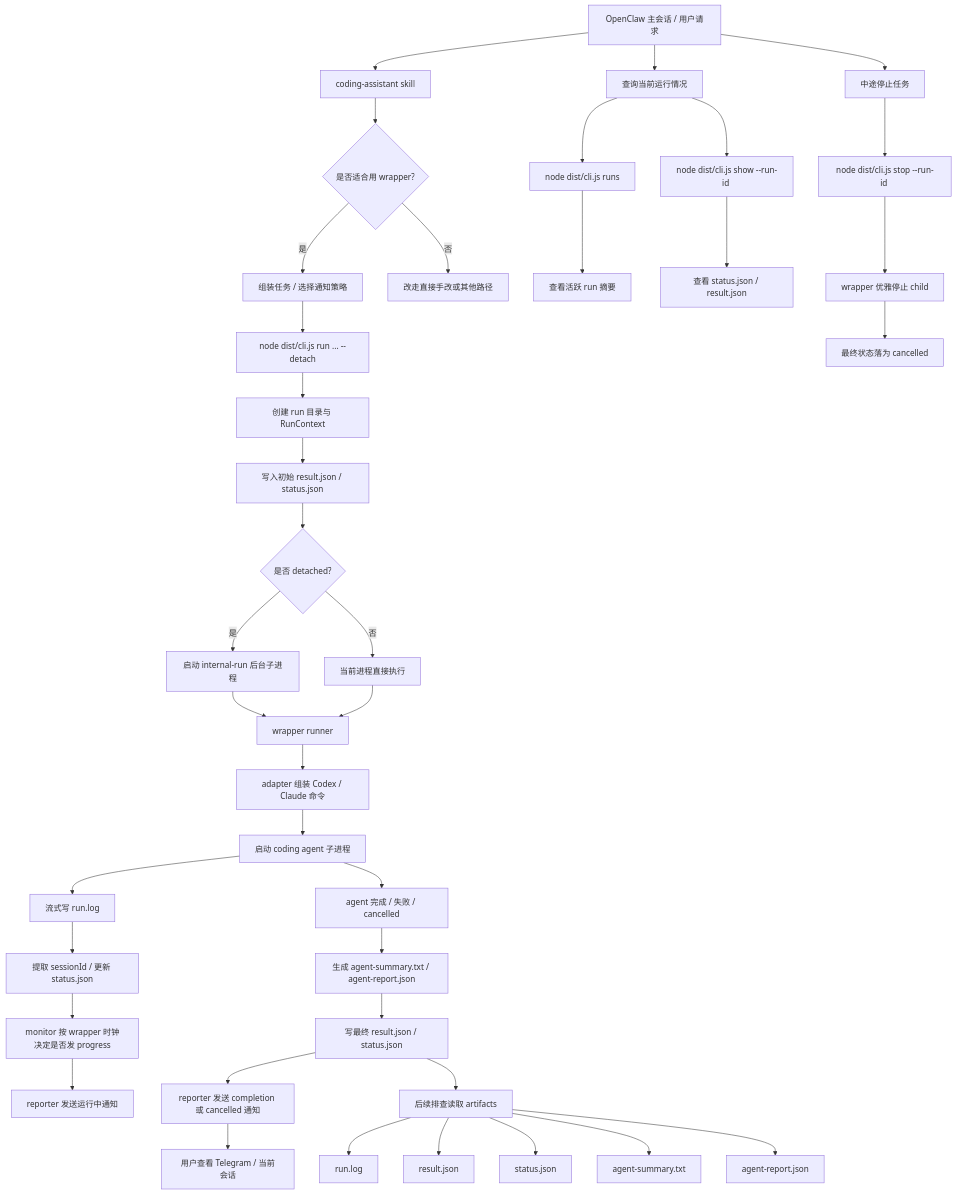
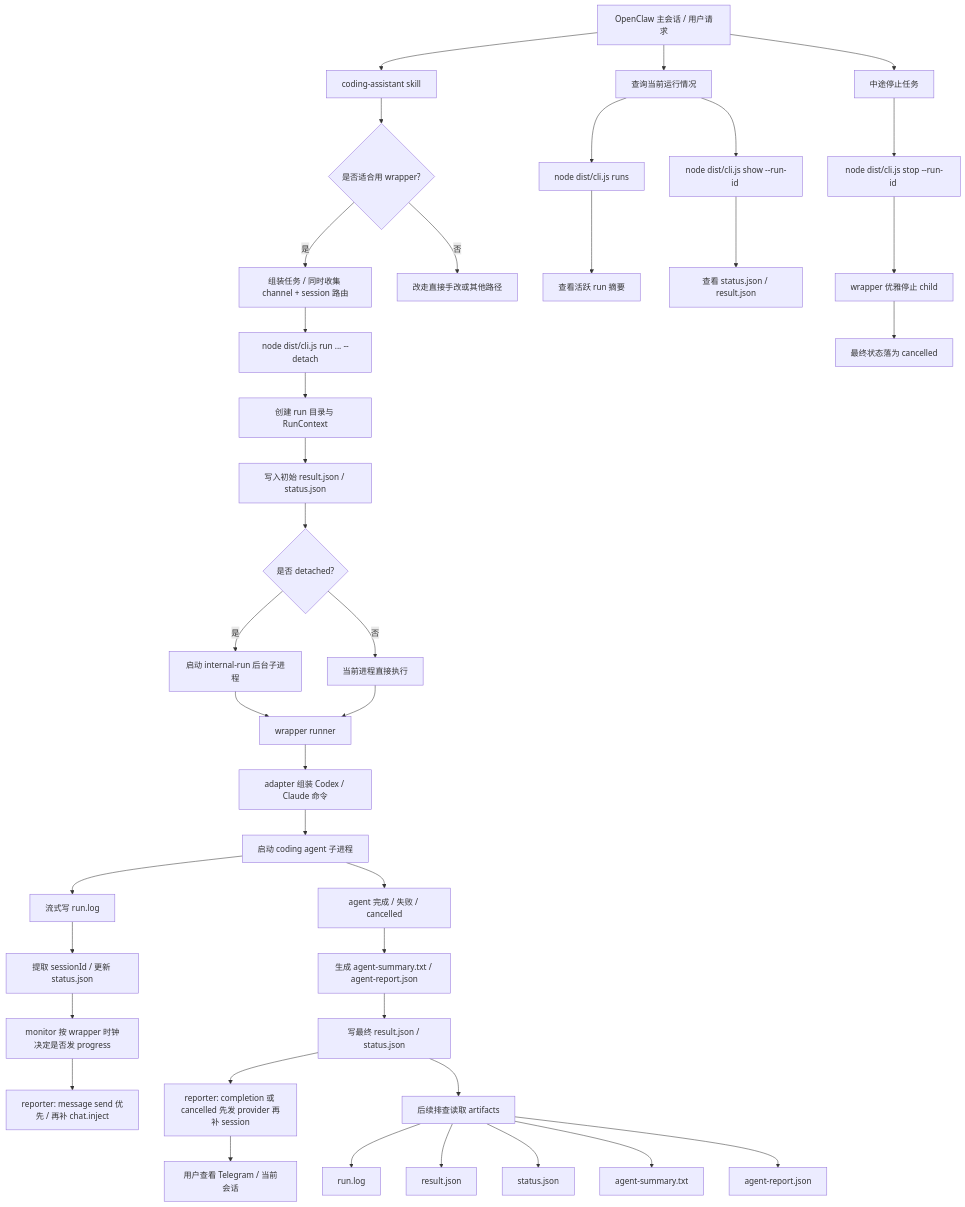
Before and after one commit to liunice/coding-agent-wrapper: the diagram in README.md, drawn with Mermaid. The commit also changed other lines of this file and 5 other files, not shown here.

First line of the commit message:
fix(reporter): prioritize channel notify before session inject

````diff
--- a/README.md
+++ b/README.md
@@ -40,48 +40,48 @@
 ```mermaid
 flowchart TD
     A[OpenClaw 主会话 / 用户请求] --> B[coding-assistant skill]
     B --> C{是否适合用 wrapper?}
-    C -->|是| D[组装任务 / 选择通知策略]
+    C -->|是| D[组装任务 / 同时收集 channel + session 路由]
     C -->|否| Z[改走直接手改或其他路径]
 
     D --> E[node dist/cli.js run ... --detach]
     E --> F[创建 run 目录与 RunContext]
     F --> G[写入初始 result.json / status.json]
     G --> H{是否 detached?}
     H -->|是| I[启动 internal-run 后台子进程]
     H -->|否| J[当前进程直接执行]
 
     I --> K[wrapper runner]
     J --> K[wrapper runner]
 
     K --> L[adapter 组装 Codex / Claude 命令]
     L --> M[启动 coding agent 子进程]
     M --> N[流式写 run.log]
     N --> O[提取 sessionId / 更新 status.json]
     O --> P[monitor 按 wrapper 时钟决定是否发 progress]
-    P --> Q[reporter 发送运行中通知]
+    P --> Q[reporter: message send 优先 / 再补 chat.inject]
 
     M --> R[agent 完成 / 失败 / cancelled]
     R --> S[生成 agent-summary.txt / agent-report.json]
     S --> T[写最终 result.json / status.json]
-    T --> U[reporter 发送 completion 或 cancelled 通知]
+    T --> U[reporter: completion 或 cancelled 先发 provider 再补 session]
     U --> V[用户查看 Telegram / 当前会话]
 
     A --> X[查询当前运行情况]
     X --> X1[node dist/cli.js runs]
     X --> X2[node dist/cli.js show --run-id <id>]
     X1 --> X3[查看活跃 run 摘要]
     X2 --> X4[查看 status.json / result.json]
 
     A --> Y[中途停止任务]
     Y --> Y1[node dist/cli.js stop --run-id <id>]
     Y1 --> Y2[wrapper 优雅停止 child]
     Y2 --> Y3[最终状态落为 cancelled]
 
     T --> W[后续排查读取 artifacts]
     W --> W1[run.log]
     W --> W2[result.json]
     W --> W3[status.json]
     W --> W4[agent-summary.txt]
     W --> W5[agent-report.json]
 ```
````
